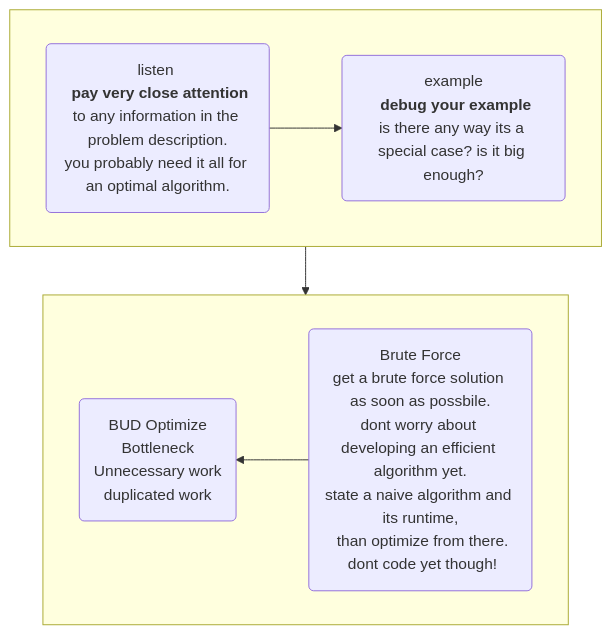
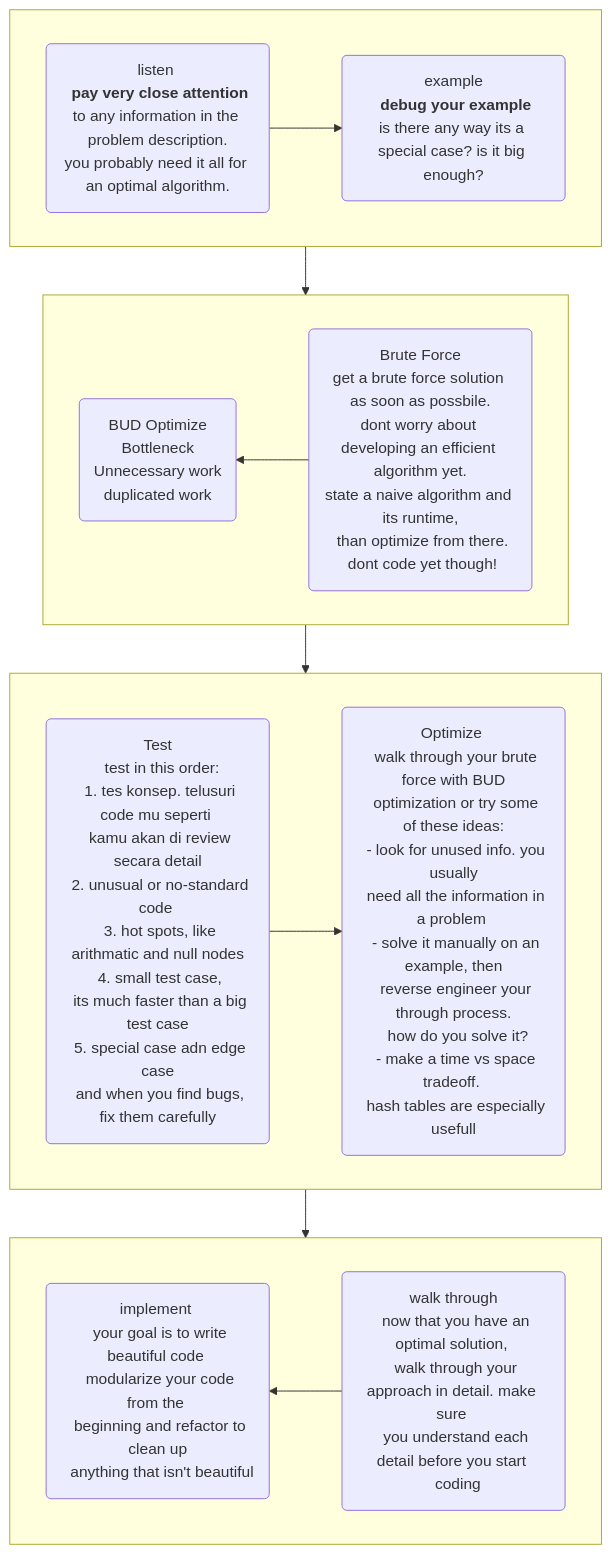
Before and after one commit to Khasirah/CtCl: the diagram in technical_question.md, drawn with Mermaid. The commit also changed other lines of this file, not shown here.

Commit message:
technical question nambah flowchart

````diff
--- a/technical_question.md
+++ b/technical_question.md
@@ -43,20 +43,64 @@
 ```mermaid
 flowchart TB 
 subgraph S1[" "]
 direction LR 
   N1(listen <br/> <b>pay very close attention</b><br/>to any information in the problem description.<br/>you probably need it all for an optimal algorithm.)
   N2(example<br/> <b>debug your example</b><br/>is there any way its a special case? is it big enough?)
   
   N1 --> N2
 end
 
 subgraph S2[" "]
 direction RL
   N3(Brute Force<br/>get a brute force solution as soon as possbile.<br/>dont worry about developing an efficient algorithm yet.<br/>state a naive algorithm and its runtime,<br/> than optimize from there.<br/> dont code yet though!)
   N4(BUD Optimize<br/>Bottleneck<br/>Unnecessary work<br/>duplicated work)
 
   N3 --> N4
 end
 
+subgraph S3[" "]
+direction LR
+  N5("Test
+  test in this order:
+  1. tes konsep. telusuri code mu seperti 
+  kamu akan di review secara detail
+  2. unusual or no-standard code 
+  3. hot spots, like arithmatic and null nodes
+  4. small test case, 
+  its much faster than a big test case
+  5. special case adn edge case
+  and when you find bugs, fix them carefully")
+  N6("Optimize 
+  walk through your brute force with BUD
+  optimization or try some of these ideas:
+  - look for unused info. you usually
+  need all the information in a problem 
+  - solve it manually on an example, then
+  reverse engineer your through process.
+  how do you solve it?
+  - make a time vs space tradeoff. 
+  hash tables are especially usefull")
+
+  N5 --> N6
+end
+
+subgraph S4[" "]
+direction RL
+  N7("walk through
+  now that you have an optimal solution, 
+  walk through your approach in detail. make sure 
+  you understand each detail before you start 
+  coding")
+  N8("implement 
+  your goal is to write beautiful code 
+  modularize your code from the 
+  beginning and refactor to clean up
+  anything that isn't beautiful")
+
+  N7 --> N8
+end
+
 S1 --> S2
+S2 --> S3
+S3 --> S4
 ```
````
